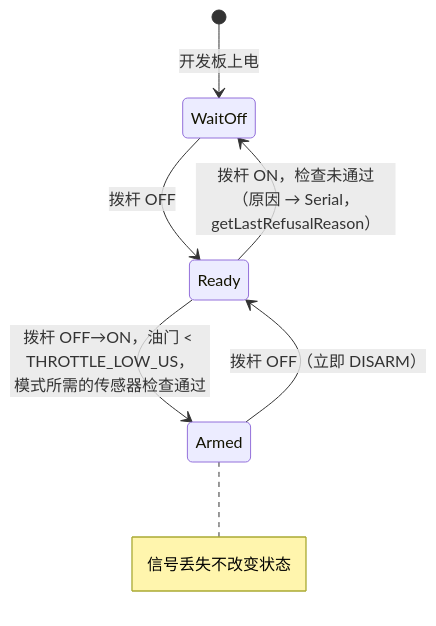
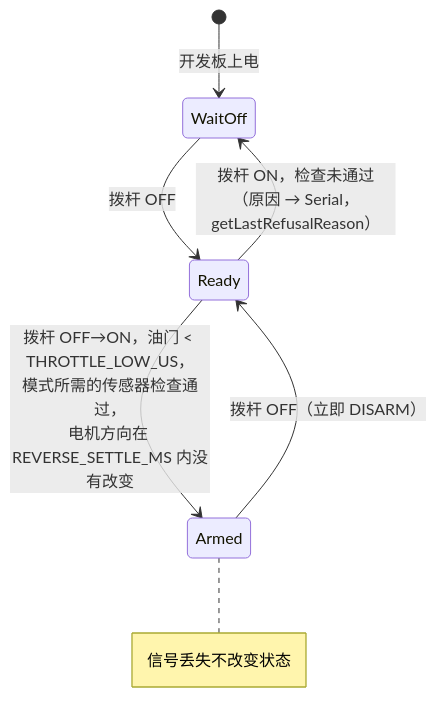
Before and after one commit to damir-lebedev/OpenPlaneProject: the seventh of 11 diagrams in docs/i18n/zh-CN/ARCHITECTURE.md, drawn with Mermaid. The commit also changed other lines of this file and 166 other files, not shown here.

````diff
--- a/docs/i18n/zh-CN/ARCHITECTURE.md
+++ b/docs/i18n/zh-CN/ARCHITECTURE.md
@@ -407,9 +411,9 @@
 ```mermaid
 stateDiagram-v2
     [*] --> WaitOff : 开发板上电
     WaitOff --> Ready : 拨杆 OFF
-    Ready --> Armed : 拨杆 OFF→ON，油门 < THROTTLE_LOW_US，<br/>模式所需的传感器检查通过
+    Ready --> Armed : 拨杆 OFF→ON，油门 < THROTTLE_LOW_US，<br/>模式所需的传感器检查通过，<br/>电机方向在 REVERSE_SETTLE_MS 内没有改变
     Ready --> WaitOff : 拨杆 ON，检查未通过<br/>（原因 → Serial，getLastRefusalReason）
     Armed --> Ready : 拨杆 OFF（立即 DISARM）
     note right of Armed : 信号丢失不改变状态
 ```
````
